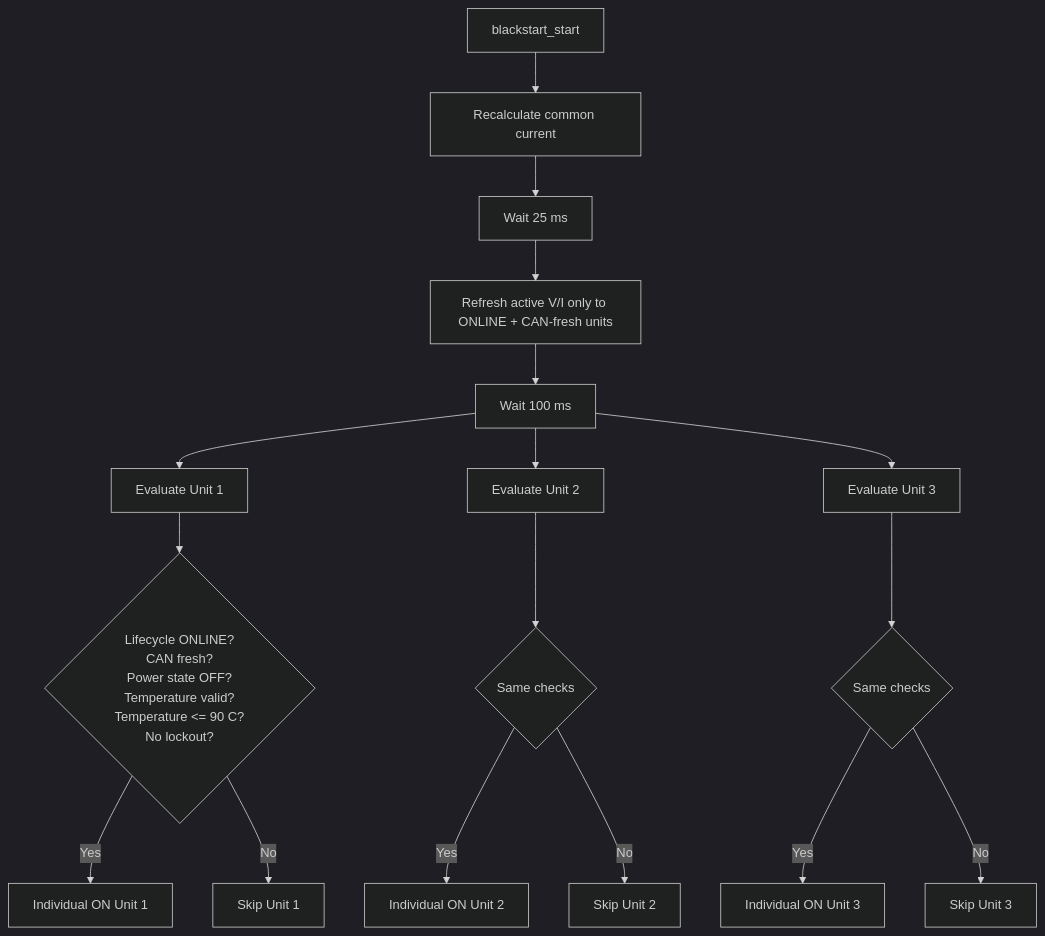
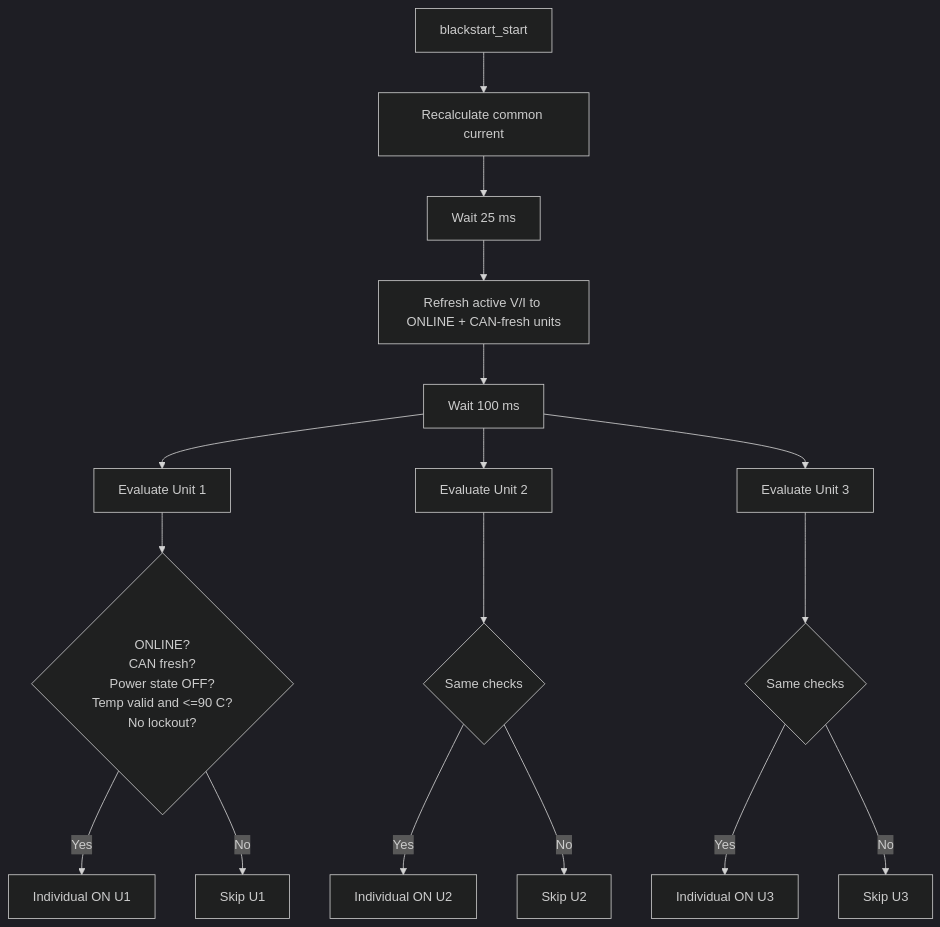
Diagram 14 of 20 in R4875G1_CONTROL_FLOWS.md (anwa/esphome-r4875g1-3phase-charger), drawn with Mermaid (dark theme) before and after one commit. The commit also changed other lines of this file, not shown here.

Commit message:
Clarify reconnect restore lifecycle documentation

````diff
--- a/R4875G1_CONTROL_FLOWS.md
+++ b/R4875G1_CONTROL_FLOWS.md
@@ -578,21 +465,19 @@
 ```mermaid
 flowchart TD
     A[blackstart_start] --> B[Recalculate common current]
     B --> C[Wait 25 ms]
-    C --> D[Refresh active V/I only to ONLINE + CAN-fresh units]
+    C --> D[Refresh active V/I to ONLINE + CAN-fresh units]
     D --> E[Wait 100 ms]
     E --> U1[Evaluate Unit 1]
     E --> U2[Evaluate Unit 2]
     E --> U3[Evaluate Unit 3]
-
-    U1 --> C1{Lifecycle ONLINE?<br/>CAN fresh?<br/>Power state OFF?<br/>Temperature valid?<br/>Temperature <= 90 C?<br/>No lockout?}
+    U1 --> C1{ONLINE?<br/>CAN fresh?<br/>Power state OFF?<br/>Temp valid and <=90 C?<br/>No lockout?}
     U2 --> C2{Same checks}
     U3 --> C3{Same checks}
-
-    C1 -- Yes --> ON1[Individual ON Unit 1]
-    C1 -- No --> S1[Skip Unit 1]
-    C2 -- Yes --> ON2[Individual ON Unit 2]
-    C2 -- No --> S2[Skip Unit 2]
-    C3 -- Yes --> ON3[Individual ON Unit 3]
-    C3 -- No --> S3[Skip Unit 3]
+    C1 -- Yes --> ON1[Individual ON U1]
+    C1 -- No --> S1[Skip U1]
+    C2 -- Yes --> ON2[Individual ON U2]
+    C2 -- No --> S2[Skip U2]
+    C3 -- Yes --> ON3[Individual ON U3]
+    C3 -- No --> S3[Skip U3]
 ```
````
